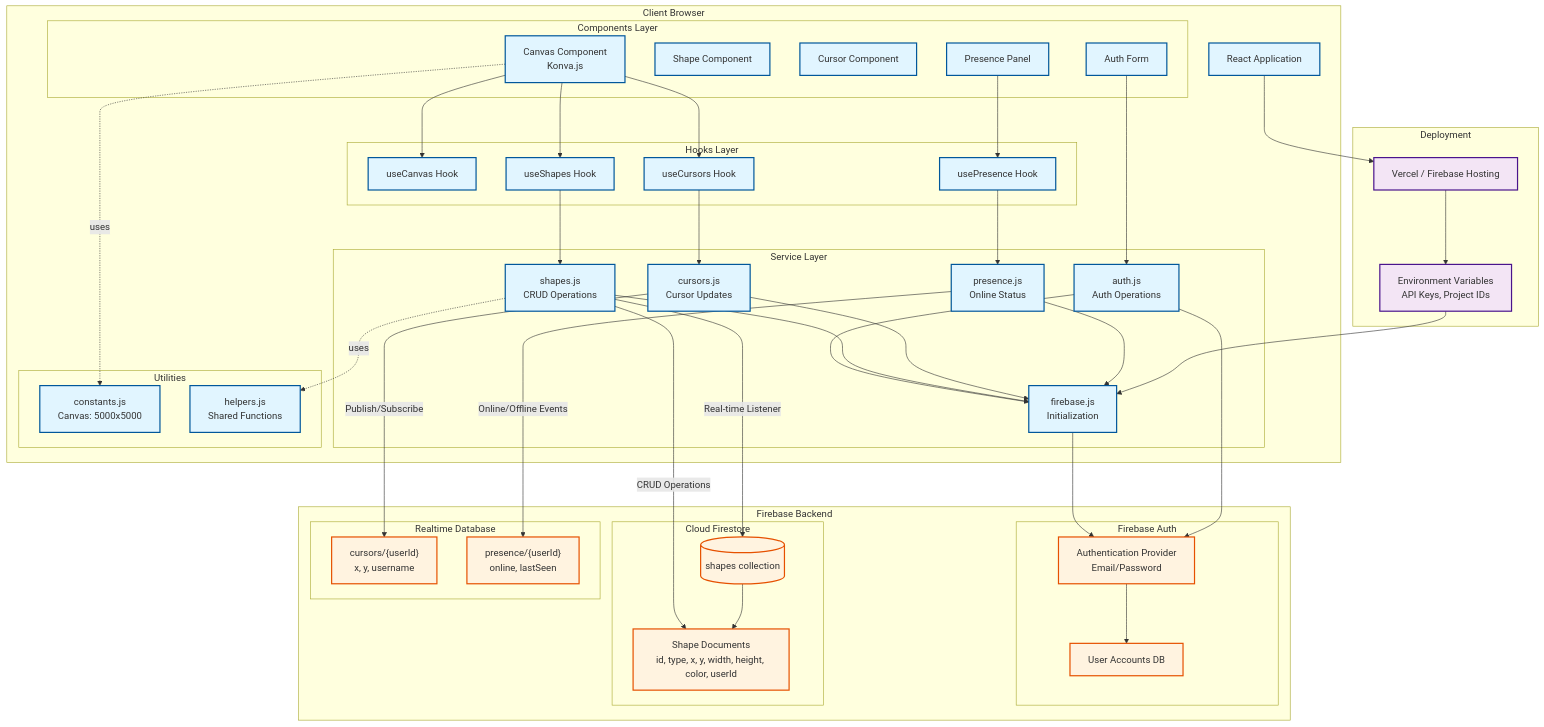
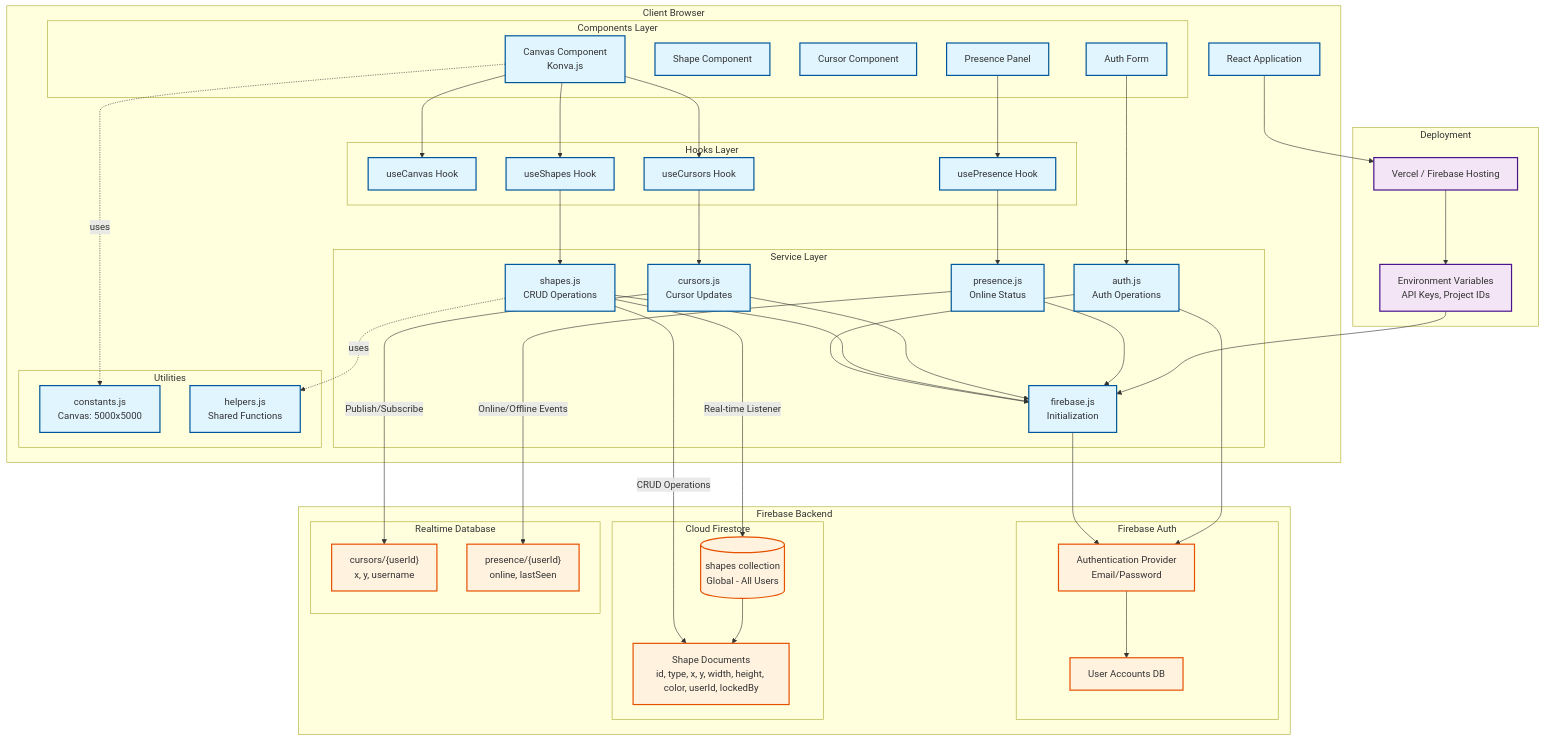
The diagram in architecture-diagram.mmd (nstjuliana/CollabCanvas), drawn with Mermaid before and after one commit. The commit also changed 2 other files, not shown here.

Commit message:
Update architecture diagram and PRD to reflect global canvas and object locking features. Enhance tasks documentation for shape locking and real-time synchronization improvements.

```diff
--- a/architecture-diagram.mmd
+++ b/architecture-diagram.mmd
@@ -1,101 +1,101 @@
 graph TB
     subgraph "Client Browser"
         UI[React Application]
         
         subgraph "Components Layer"
             Canvas[Canvas Component<br/>Konva.js]
             Shape[Shape Component]
             Cursor[Cursor Component]
             Presence[Presence Panel]
             Auth[Auth Form]
         end
         
         subgraph "Hooks Layer"
             useCanvas[useCanvas Hook]
             useShapes[useShapes Hook]
             useCursors[useCursors Hook]
             usePresence[usePresence Hook]
         end
         
         subgraph "Service Layer"
             FirebaseInit[firebase.js<br/>Initialization]
             AuthService[auth.js<br/>Auth Operations]
             ShapeService[shapes.js<br/>CRUD Operations]
             CursorService[cursors.js<br/>Cursor Updates]
             PresenceService[presence.js<br/>Online Status]
         end
         
         subgraph "Utilities"
             Constants[constants.js<br/>Canvas: 5000x5000]
             Helpers[helpers.js<br/>Shared Functions]
         end
     end
     
     subgraph "Firebase Backend"
         subgraph "Firebase Auth"
             AuthProvider[Authentication Provider<br/>Email/Password]
             UserAccounts[User Accounts DB]
         end
         
         subgraph "Cloud Firestore"
-            ShapesCollection[(shapes collection)]
-            ShapeDoc[Shape Documents<br/>id, type, x, y, width, height, color, userId]
+            ShapesCollection[(shapes collection<br/>Global - All Users)]
+            ShapeDoc[Shape Documents<br/>id, type, x, y, width, height, color, userId, lockedBy]
         end
         
         subgraph "Realtime Database"
             CursorsPath["cursors/{userId}<br/>x, y, username"]
             PresencePath["presence/{userId}<br/>online, lastSeen"]
         end
     end
     
     subgraph "Deployment"
         Hosting[Vercel / Firebase Hosting]
         EnvVars[Environment Variables<br/>API Keys, Project IDs]
     end
     
     %% Component to Hook connections
     Canvas --> useCanvas
     Canvas --> useShapes
     Canvas --> useCursors
     Presence --> usePresence
     Auth --> AuthService
     
     %% Hook to Service connections
     useShapes --> ShapeService
     useCursors --> CursorService
     usePresence --> PresenceService
     
     %% Service to Firebase connections
     AuthService --> FirebaseInit
     ShapeService --> FirebaseInit
     CursorService --> FirebaseInit
     PresenceService --> FirebaseInit
     
     FirebaseInit --> AuthProvider
     AuthService --> AuthProvider
     AuthProvider --> UserAccounts
     
     ShapeService -->|Real-time Listener| ShapesCollection
     ShapeService -->|CRUD Operations| ShapeDoc
     ShapesCollection --> ShapeDoc
     
     CursorService -->|Publish/Subscribe| CursorsPath
     PresenceService -->|Online/Offline Events| PresencePath
     
     %% Deployment connections
     UI --> Hosting
     Hosting --> EnvVars
     EnvVars --> FirebaseInit
     
     %% Utility connections
     Canvas -.uses.-> Constants
     ShapeService -.uses.-> Helpers
     
     %% Styling
     classDef clientClass fill:#e1f5ff,stroke:#01579b,stroke-width:2px
     classDef firebaseClass fill:#fff3e0,stroke:#e65100,stroke-width:2px
     classDef deployClass fill:#f3e5f5,stroke:#4a148c,stroke-width:2px
     
     class UI,Canvas,Shape,Cursor,Presence,Auth,useCanvas,useShapes,useCursors,usePresence,FirebaseInit,AuthService,ShapeService,CursorService,PresenceService,Constants,Helpers clientClass
     class AuthProvider,UserAccounts,ShapesCollection,ShapeDoc,CursorsPath,PresencePath firebaseClass
     class Hosting,EnvVars deployClass
```
